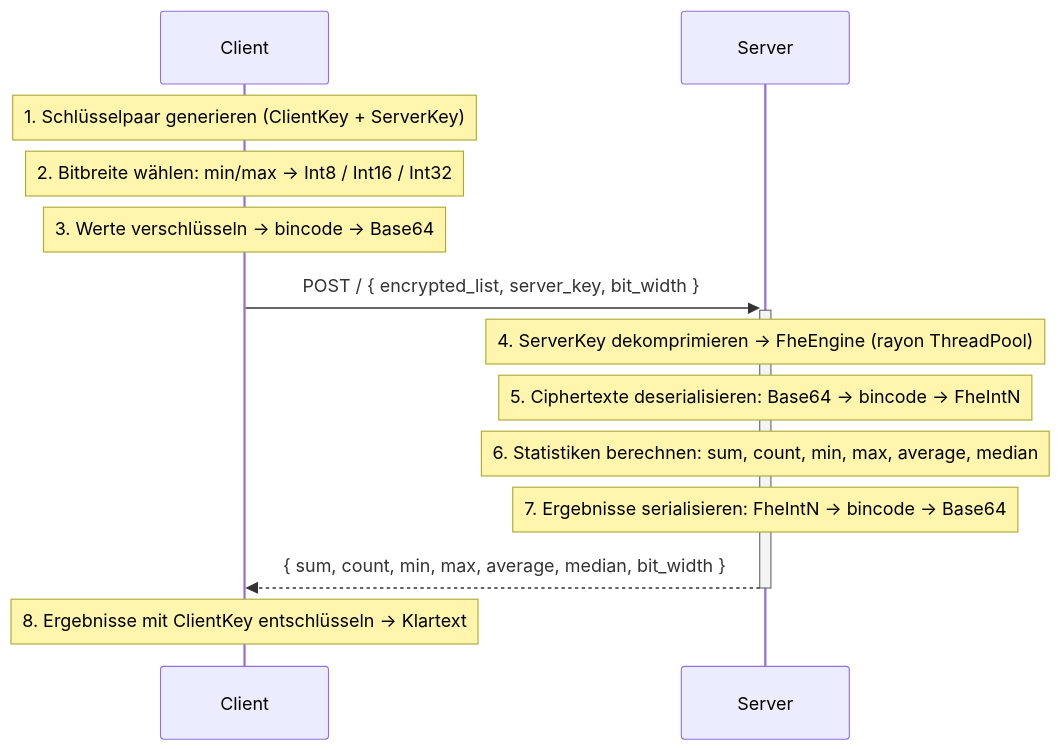
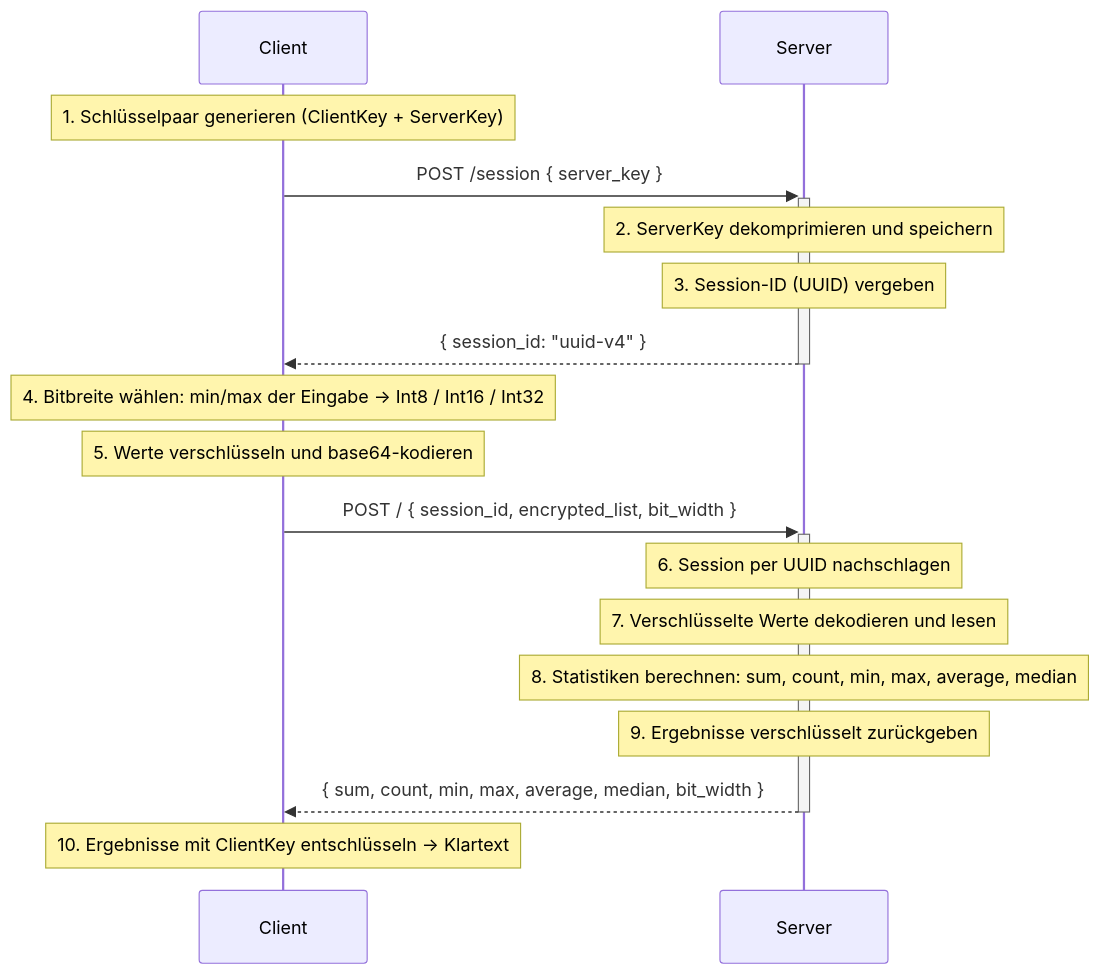
One commit to Caius00/tfhe-crypto changed the diagram in services/05-encrypted-statistics-service/spec.md. Above: the diagram before and after it, drawn with Mermaid. The commit also changed other lines of this file, not shown here.

````diff
--- a/services/05-encrypted-statistics-service/spec.md
+++ b/services/05-encrypted-statistics-service/spec.md
@@ -14,20 +20,24 @@
 ```mermaid
 sequenceDiagram
     participant C as Client
     participant S as Server
 
     Note over C: 1. Schlüsselpaar generieren (ClientKey + ServerKey)
-    Note over C: 2. Bitbreite wählen: min/max → Int8 / Int16 / Int32
-    Note over C: 3. Werte verschlüsseln → bincode → Base64
 
-    C->>+S: POST / { encrypted_list, server_key, bit_width }
+    C->>+S: POST /session { server_key }
+    Note over S: 2. ServerKey dekomprimieren und speichern
+    Note over S: 3. Session-ID (UUID) vergeben
+    S-->>-C: { session_id: "uuid-v4" }
 
-    Note over S: 4. ServerKey dekomprimieren → FheEngine (rayon ThreadPool)
-    Note over S: 5. Ciphertexte deserialisieren: Base64 → bincode → FheIntN
-    Note over S: 6. Statistiken berechnen: sum, count, min, max, average, median
-    Note over S: 7. Ergebnisse serialisieren: FheIntN → bincode → Base64
+    Note over C: 4. Bitbreite wählen: min/max der Eingabe → Int8 / Int16 / Int32
+    Note over C: 5. Werte verschlüsseln und base64-kodieren
 
+    C->>+S: POST / { session_id, encrypted_list, bit_width }
+    Note over S: 6. Session per UUID nachschlagen
+    Note over S: 7. Verschlüsselte Werte dekodieren und lesen
+    Note over S: 8. Statistiken berechnen: sum, count, min, max, average, median
+    Note over S: 9. Ergebnisse verschlüsselt zurückgeben
     S-->>-C: { sum, count, min, max, average, median, bit_width }
 
-    Note over C: 8. Ergebnisse mit ClientKey entschlüsseln → Klartext
+    Note over C: 10. Ergebnisse mit ClientKey entschlüsseln → Klartext
 ```
````
